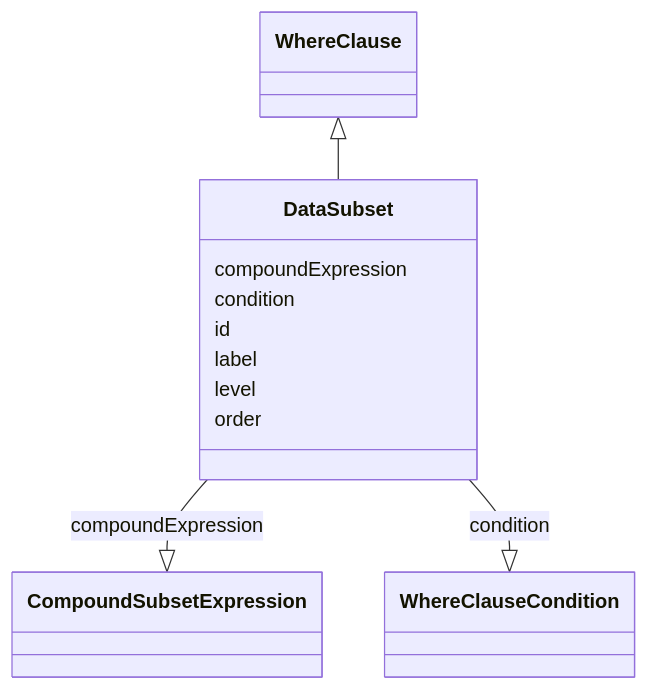
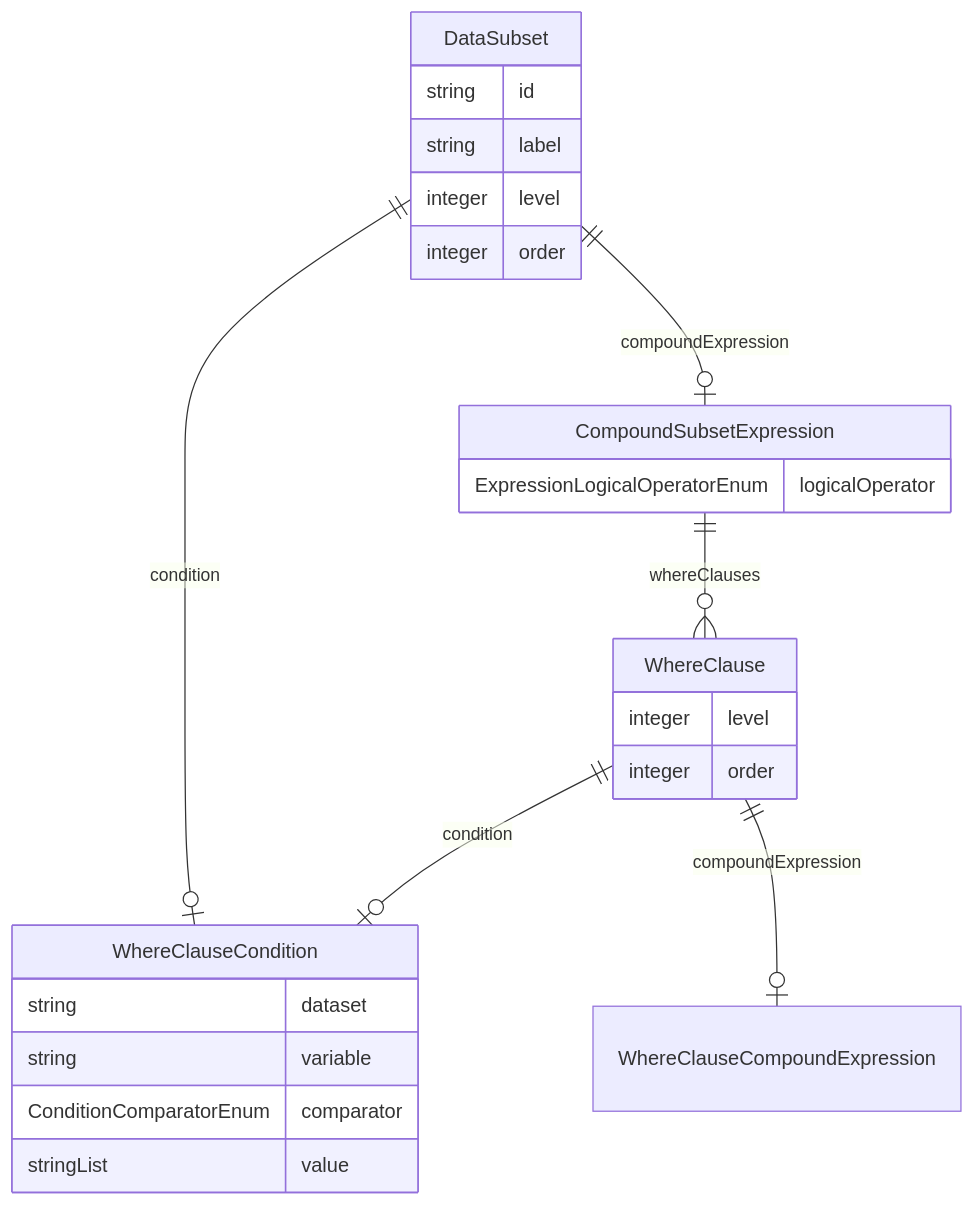
The diagram in project/docs/DataSubset.md (cdisc-org/analysis-results-standard), drawn with Mermaid before and after one commit. The commit also changed 131 other files, not shown here.

Commit message:
Add top-level diagram to documentation

````diff
--- a/project/docs/DataSubset.md
+++ b/project/docs/DataSubset.md
@@ -14,23 +13,29 @@
 ```mermaid
- classDiagram
-    class DataSubset
-      WhereClause <|-- DataSubset
-      
-      DataSubset : compoundExpression
-        
-          DataSubset --|> CompoundSubsetExpression : compoundExpression
-        
-      DataSubset : condition
-        
-          DataSubset --|> WhereClauseCondition : condition
-        
-      DataSubset : id
-        
-      DataSubset : label
-        
-      DataSubset : level
-        
-      DataSubset : order
-        
-      
+erDiagram
+DataSubset {
+    string id  
+    string label  
+    integer level  
+    integer order  
+}
+CompoundSubsetExpression {
+    ExpressionLogicalOperatorEnum logicalOperator  
+}
+WhereClause {
+    integer level  
+    integer order  
+}
+WhereClauseCondition {
+    string dataset  
+    string variable  
+    ConditionComparatorEnum comparator  
+    stringList value  
+}
+
+DataSubset ||--|o WhereClauseCondition : "condition"
+DataSubset ||--|o CompoundSubsetExpression : "compoundExpression"
+CompoundSubsetExpression ||--}o WhereClause : "whereClauses"
+WhereClause ||--|o WhereClauseCondition : "condition"
+WhereClause ||--|o WhereClauseCompoundExpression : "compoundExpression"
+
 ```
````
